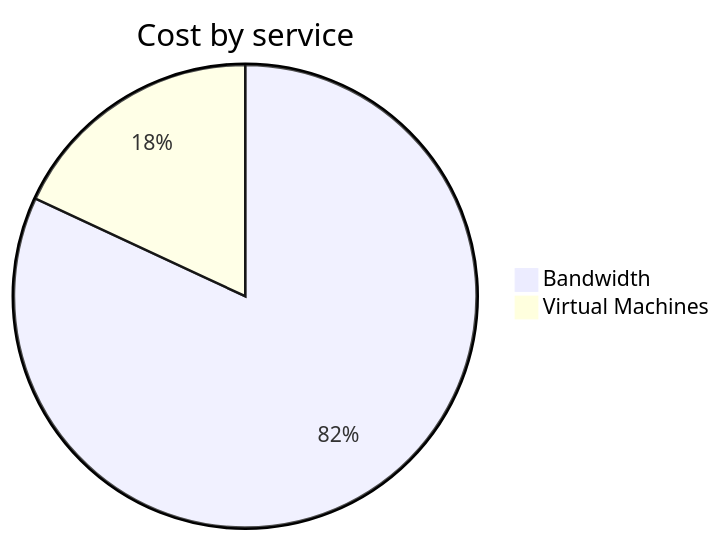
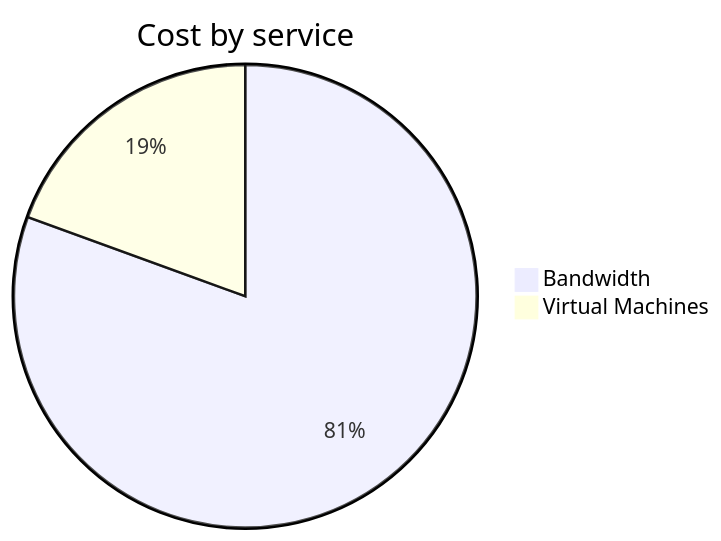
One commit to jpfulton/azure-personal-reports changed the second of 4 diagrams in cost-reports/personal-network/vpn-server.md. Above: the diagram before and after it, drawn with Mermaid. The commit also changed other lines of this file and 8 other files, not shown here.

````diff
--- a/cost-reports/personal-network/vpn-server.md
+++ b/cost-reports/personal-network/vpn-server.md
@@ -92,6 +92,6 @@
 ```mermaid
 pie
    title Cost by service
    "Bandwidth" : 8.16
-   "Virtual Machines" : 1.80
+   "Virtual Machines" : 1.97
 ```
````
